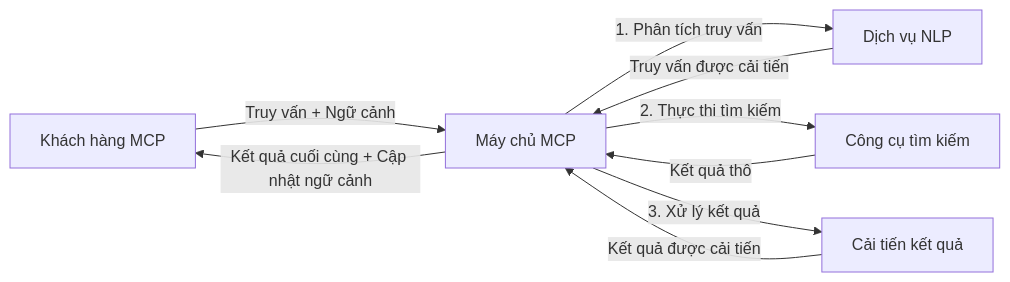
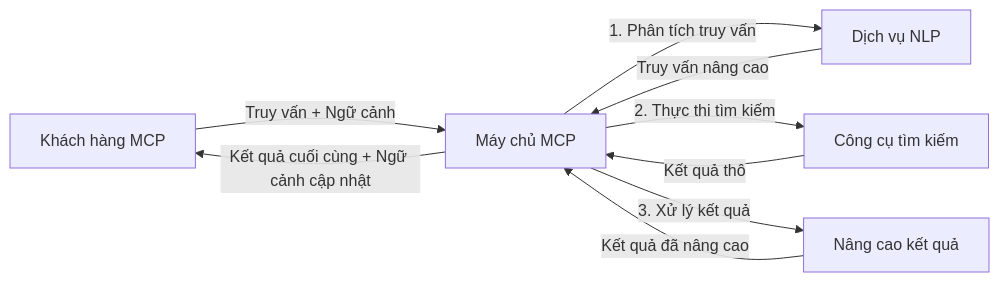
One commit to microsoft/mcp-for-beginners changed the fourth of 4 diagrams in translations/vi/05-AdvancedTopics/mcp-realtimesearch/README.md. Above: the diagram before and after it, drawn with Mermaid. The commit also changed other lines of this file and 139 other files, not shown here.

````diff
--- a/translations/vi/05-AdvancedTopics/mcp-realtimesearch/README.md
+++ b/translations/vi/05-AdvancedTopics/mcp-realtimesearch/README.md
@@ -626,11 +628,11 @@
 ```mermaid
 graph LR
     Client[Khách hàng MCP] --> |Truy vấn + Ngữ cảnh| Server[Máy chủ MCP]
     Server --> |1. Phân tích truy vấn| NLP[Dịch vụ NLP]
-    NLP --> |Truy vấn được cải tiến| Server
+    NLP --> |Truy vấn nâng cao| Server
     Server --> |2. Thực thi tìm kiếm| Search[Công cụ tìm kiếm]
     Search --> |Kết quả thô| Server
-    Server --> |3. Xử lý kết quả| Enhancement[Cải tiến kết quả]
-    Enhancement --> |Kết quả được cải tiến| Server
-    Server --> |Kết quả cuối cùng + Cập nhật ngữ cảnh| Client
+    Server --> |3. Xử lý kết quả| Enhancement[Nâng cao kết quả]
+    Enhancement --> |Kết quả đã nâng cao| Server
+    Server --> |Kết quả cuối cùng + Ngữ cảnh cập nhật| Client
 ```
````
